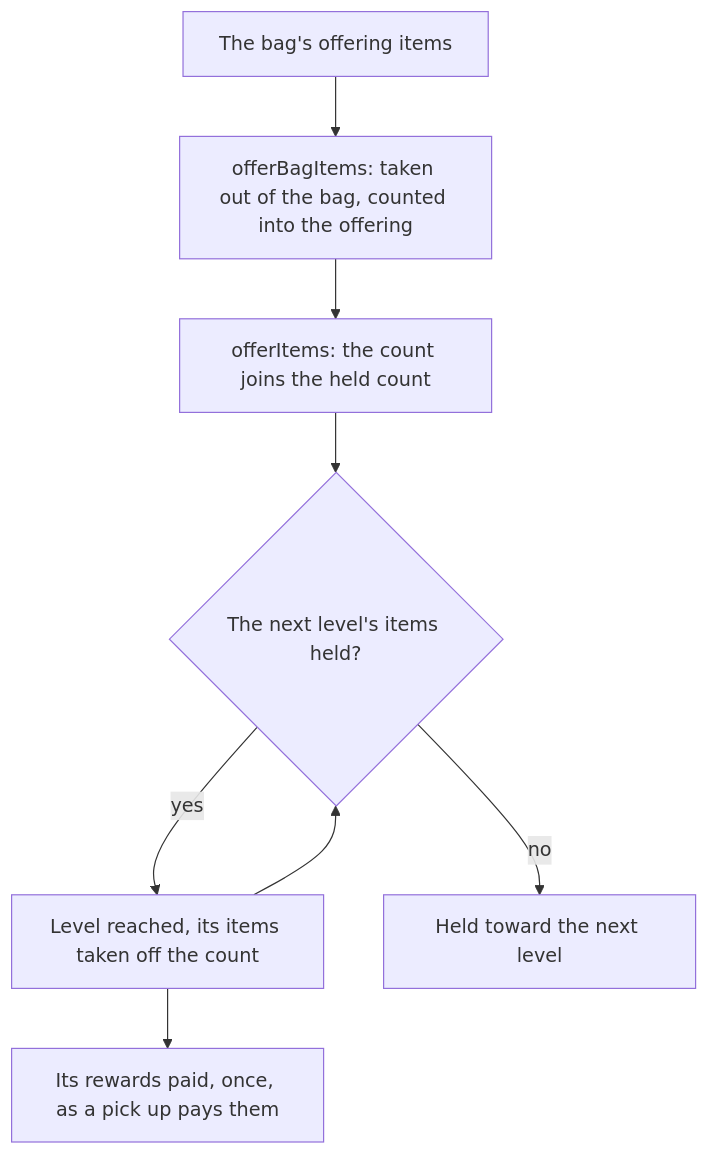
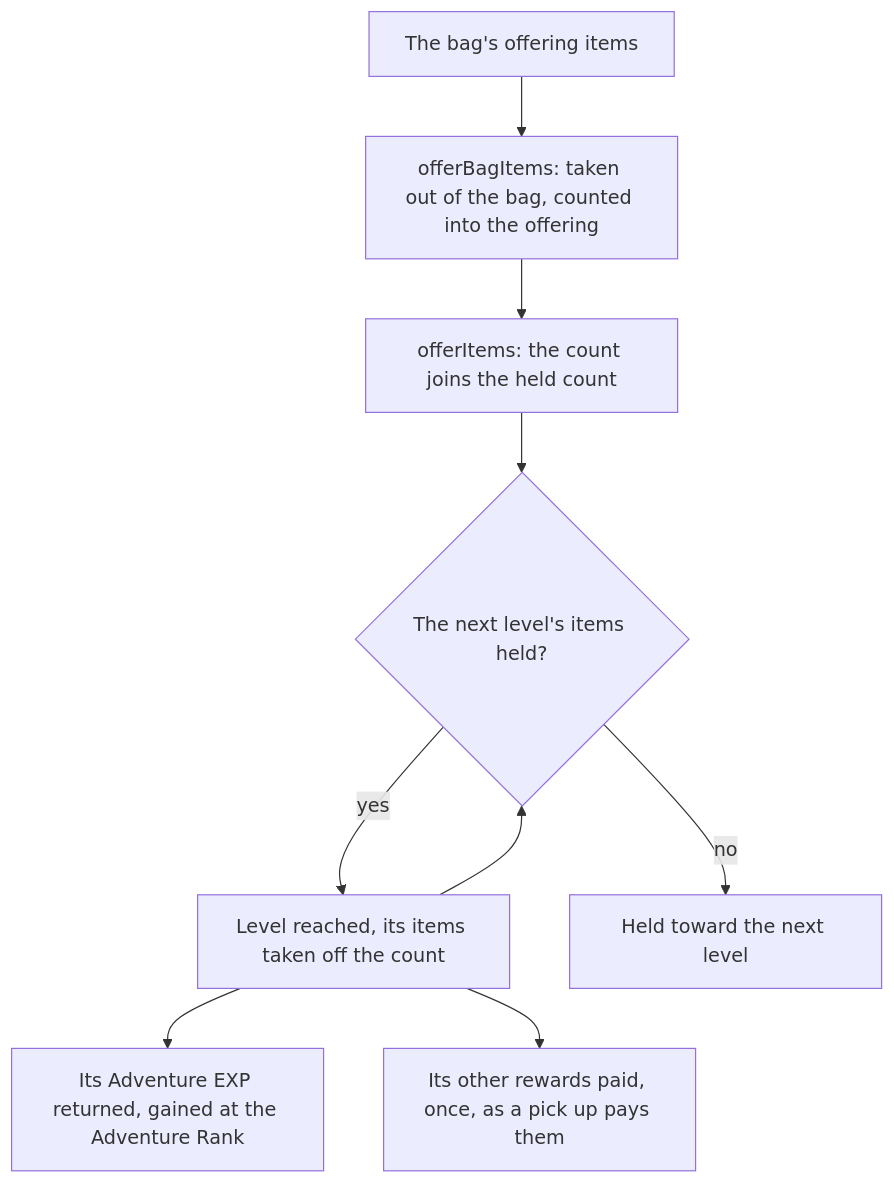
The diagram in apps/web/content/docs/genshin/offering-systems.md (Esposter/Esposter), drawn with Mermaid before and after one commit. The commit also changed other lines of this file and 11 other files, not shown here.

First line of the commit message:
fix(genshin-world): the Frostbearing Tree's rewards are paid in full, its Adventure EXP gained and its Fates into the wallet

````diff
--- a/apps/web/content/docs/genshin/offering-systems.md
+++ b/apps/web/content/docs/genshin/offering-systems.md
@@ -12,10 +12,11 @@
 ```mermaid
 flowchart TD
   BAG["The bag's offering items"] --> TAKE["offerBagItems: taken out of the bag, counted into the offering"]
   TAKE --> OFFER["offerItems: the count joins the held count"]
   OFFER --> NEXT{"The next level's items held?"}
   NEXT -->|"yes"| LEVEL["Level reached, its items taken off the count"]
-  LEVEL --> REWARD["Its rewards paid, once, as a pick up pays them"]
+  LEVEL --> EXP["Its Adventure EXP returned, gained at the Adventure Rank"]
+  LEVEL --> REWARD["Its other rewards paid, once, as a pick up pays them"]
   LEVEL --> NEXT
   NEXT -->|"no"| HELD["Held toward the next level"]
 ```
````
